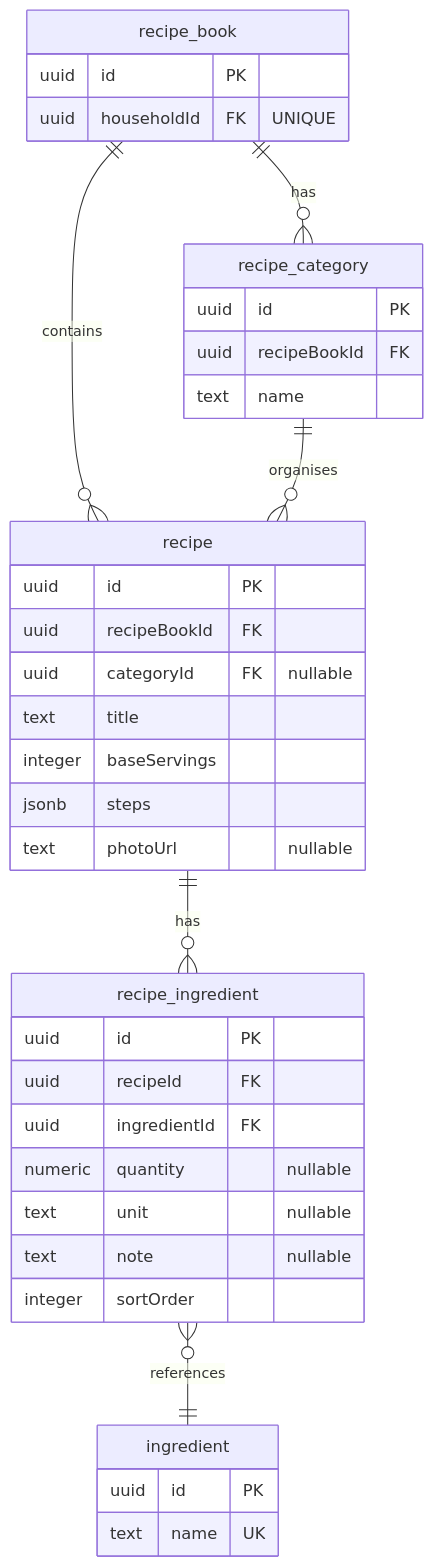
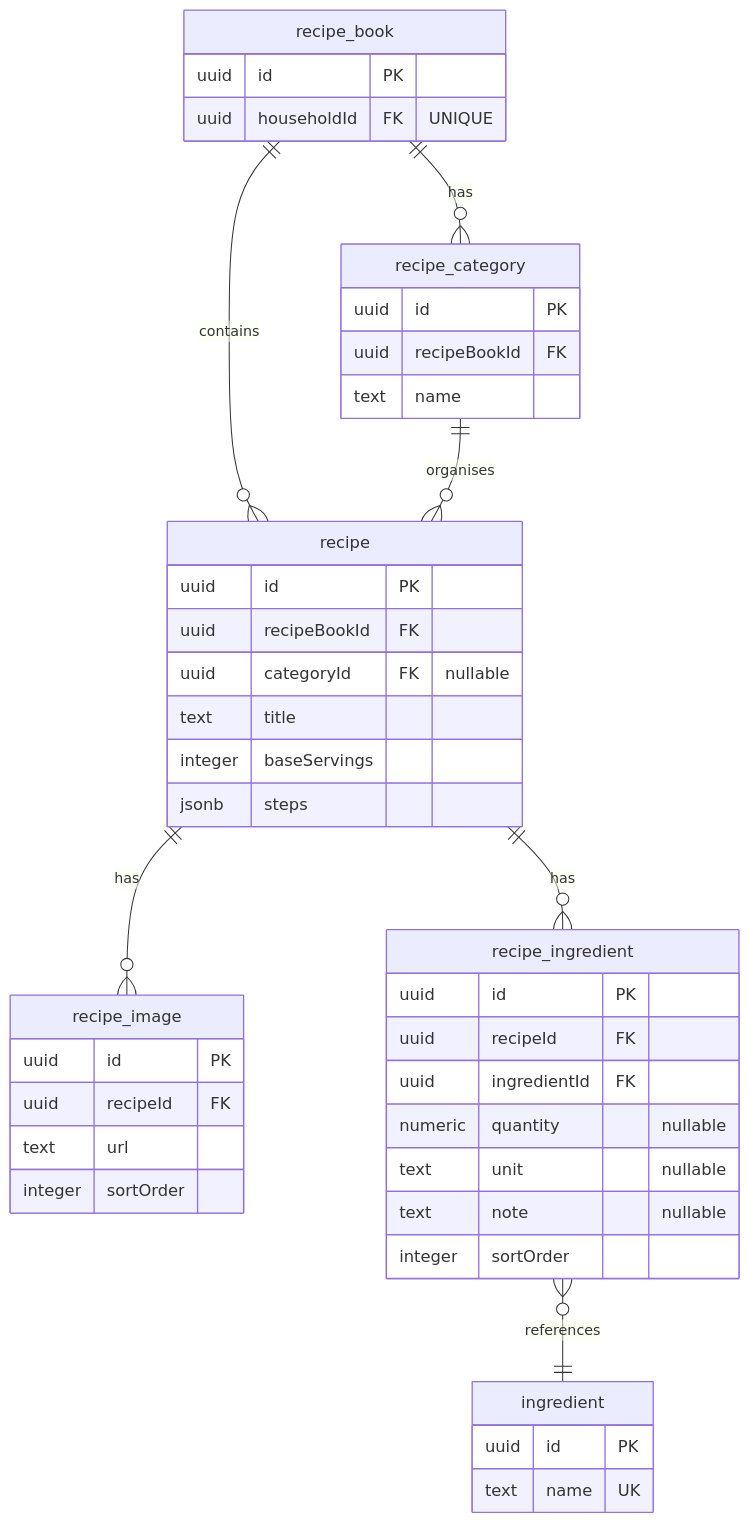
The third of 7 diagrams in README.md (NJBLAGA/Recipe-Book-Server), drawn with Mermaid before and after one commit. The commit also changed other lines of this file, not shown here.

````diff
--- a/README.md
+++ b/README.md
@@ -307,40 +349,46 @@
 ```mermaid
 erDiagram
   recipe_book {
     uuid id PK
     uuid householdId FK "UNIQUE"
   }
   recipe_category {
     uuid id PK
     uuid recipeBookId FK
     text name
   }
   recipe {
     uuid id PK
     uuid recipeBookId FK
     uuid categoryId FK "nullable"
     text title
     integer baseServings
     jsonb steps
-    text photoUrl "nullable"
+  }
+  recipe_image {
+    uuid id PK
+    uuid recipeId FK
+    text url
+    integer sortOrder
   }
   recipe_ingredient {
     uuid id PK
     uuid recipeId FK
     uuid ingredientId FK
     numeric quantity "nullable"
     text unit "nullable"
     text note "nullable"
     integer sortOrder
   }
   ingredient {
     uuid id PK
     text name UK
   }
 
   recipe_book ||--o{ recipe_category : "has"
   recipe_book ||--o{ recipe : "contains"
   recipe_category ||--o{ recipe : "organises"
+  recipe ||--o{ recipe_image : "has"
   recipe ||--o{ recipe_ingredient : "has"
   recipe_ingredient }o--|| ingredient : "references"
 ```
````
